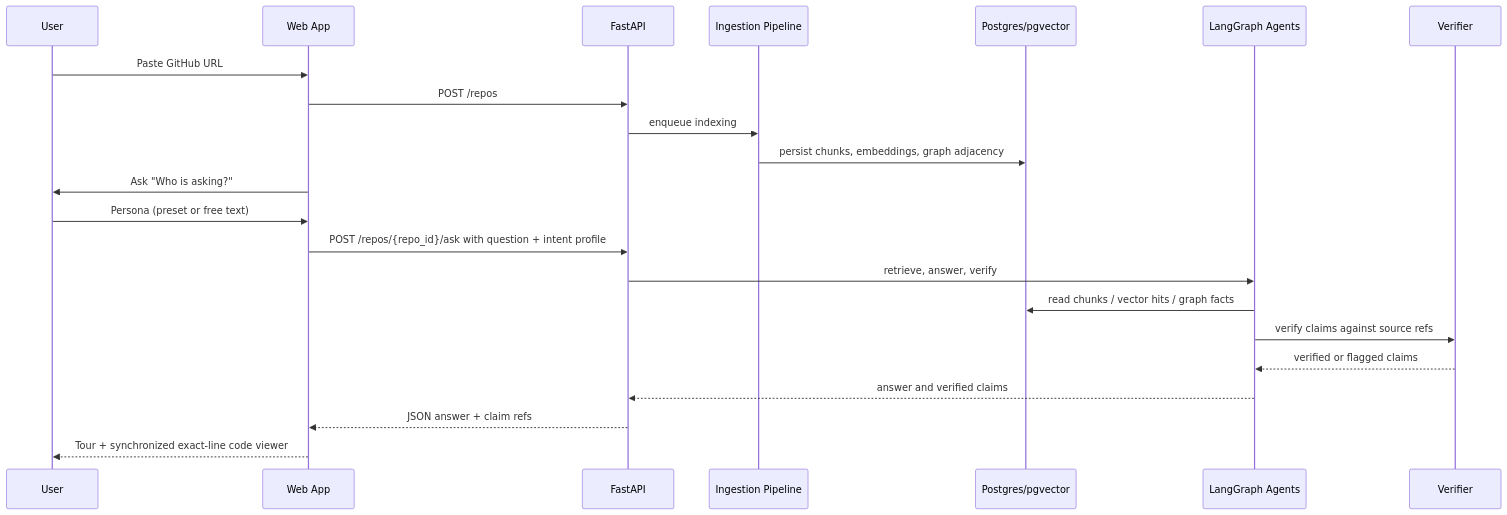
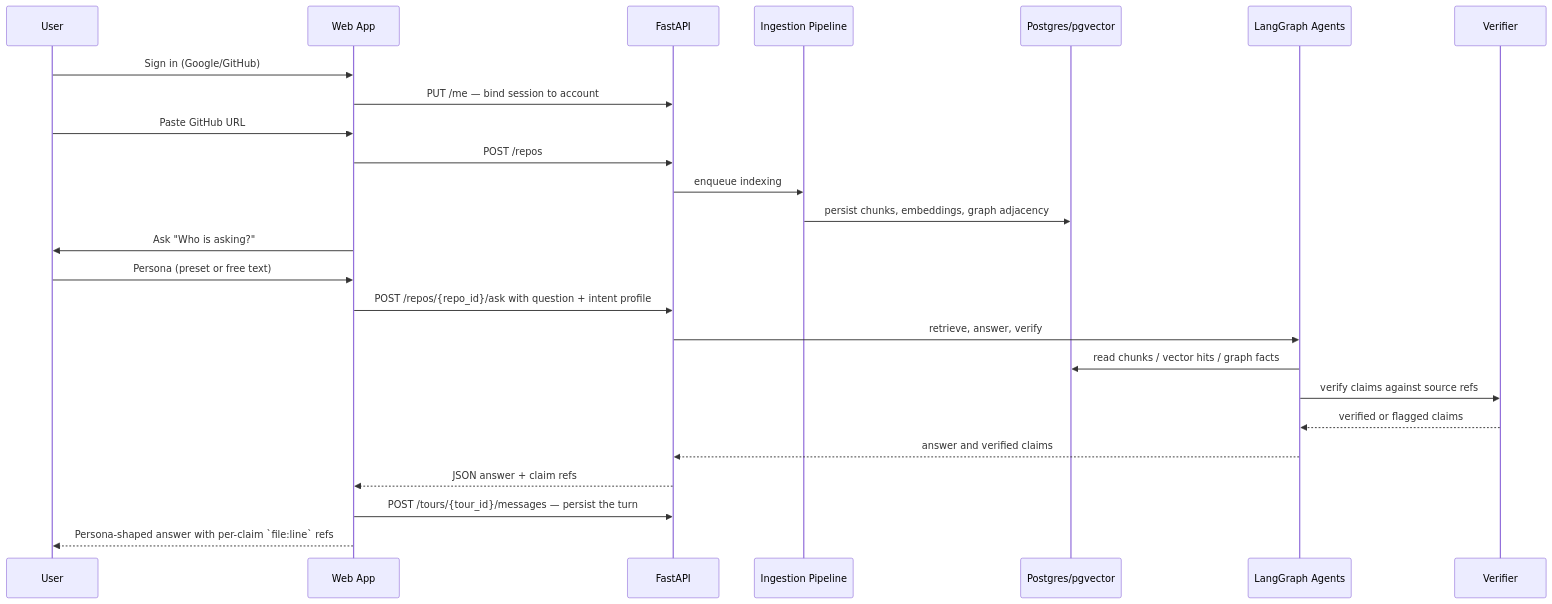
Before and after one commit to ayushkumar320/RepoPilot: the second of 5 diagrams in README.md, drawn with Mermaid. The commit also changed other lines of this file, not shown here.

````diff
--- a/README.md
+++ b/README.md
@@ -73,25 +75,28 @@
 ```mermaid
 sequenceDiagram
     participant U as User
     participant W as Web App
     participant A as FastAPI
     participant I as Ingestion Pipeline
     participant DB as Postgres/pgvector
     participant G as LangGraph Agents
     participant V as Verifier
 
+    U->>W: Sign in (Google/GitHub)
+    W->>A: PUT /me — bind session to account
     U->>W: Paste GitHub URL
     W->>A: POST /repos
     A->>I: enqueue indexing
     I->>DB: persist chunks, embeddings, graph adjacency
     W->>U: Ask "Who is asking?"
     U->>W: Persona (preset or free text)
     W->>A: POST /repos/{repo_id}/ask with question + intent profile
     A->>G: retrieve, answer, verify
     G->>DB: read chunks / vector hits / graph facts
     G->>V: verify claims against source refs
     V-->>G: verified or flagged claims
     G-->>A: answer and verified claims
     A-->>W: JSON answer + claim refs
-    W-->>U: Tour + synchronized exact-line code viewer
+    W->>A: POST /tours/{tour_id}/messages — persist the turn
+    W-->>U: Persona-shaped answer with per-claim `file:line` refs
 ```
````
